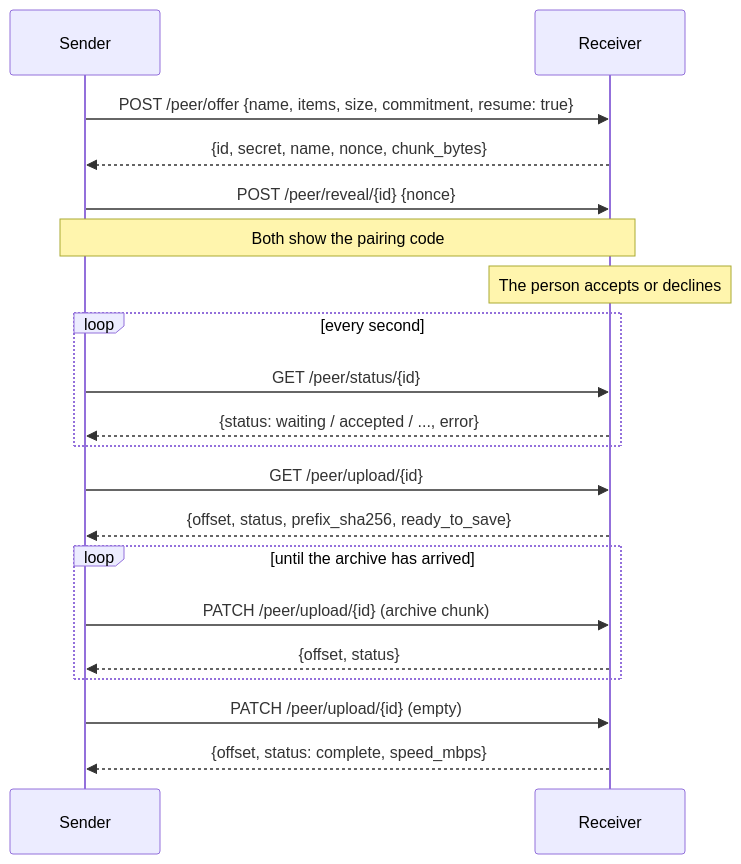
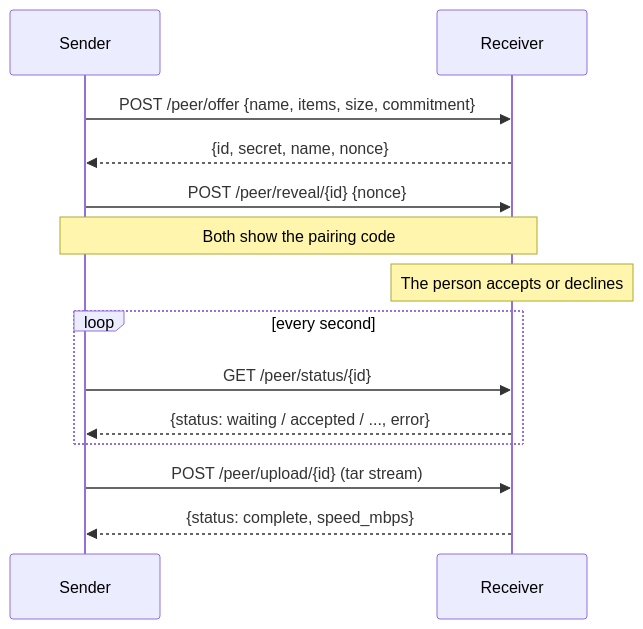
The fourth of 4 diagrams in PROTOCOL.md (sprytnyk/loka), drawn with Mermaid before and after one commit. The commit also changed other lines of this file and 17 other files, not shown here.

````diff
--- a/PROTOCOL.md
+++ b/PROTOCOL.md
@@ -139,22 +131,16 @@
 ```mermaid
 sequenceDiagram
     participant S as Sender
     participant R as Receiver
-    S->>R: POST /peer/offer {name, items, size, commitment, resume: true}
-    R-->>S: {id, secret, name, nonce, chunk_bytes}
+    S->>R: POST /peer/offer {name, items, size, commitment}
+    R-->>S: {id, secret, name, nonce}
     S->>R: POST /peer/reveal/{id} {nonce}
     Note over S,R: Both show the pairing code
     Note over R: The person accepts or declines
     loop every second
         S->>R: GET /peer/status/{id}
         R-->>S: {status: waiting / accepted / ..., error}
     end
-    S->>R: GET /peer/upload/{id}
-    R-->>S: {offset, status, prefix_sha256, ready_to_save}
-    loop until the archive has arrived
-        S->>R: PATCH /peer/upload/{id} (archive chunk)
-        R-->>S: {offset, status}
-    end
-    S->>R: PATCH /peer/upload/{id} (empty)
-    R-->>S: {offset, status: complete, speed_mbps}
+    S->>R: POST /peer/upload/{id} (tar stream)
+    R-->>S: {status: complete, speed_mbps}
 ```
````
